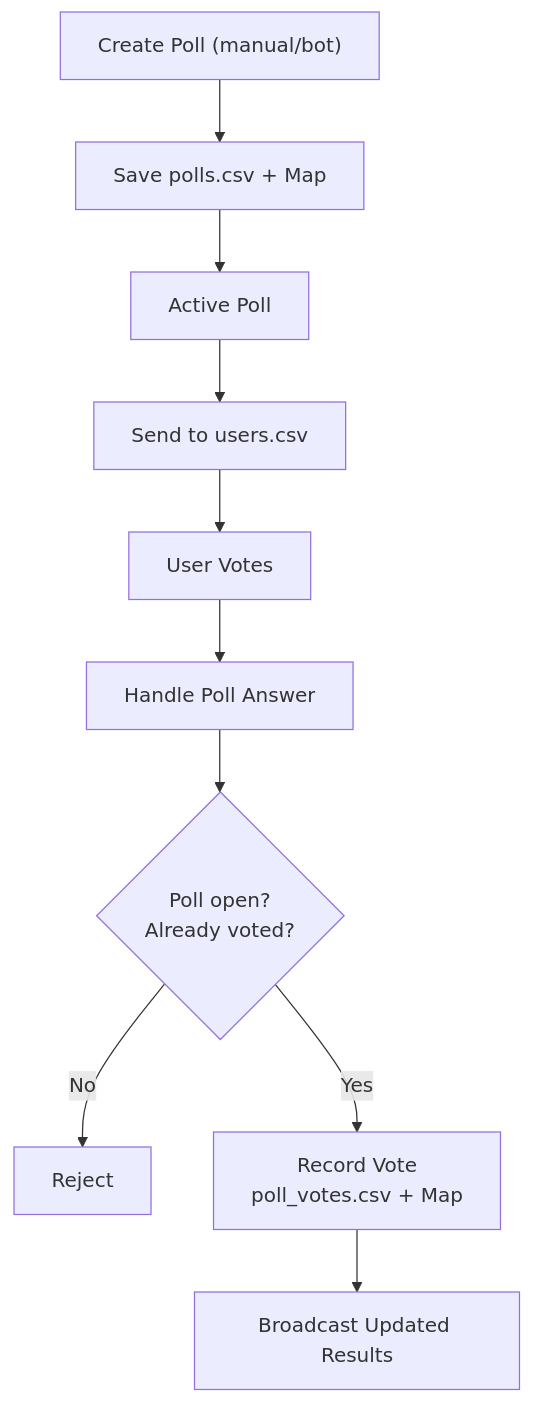
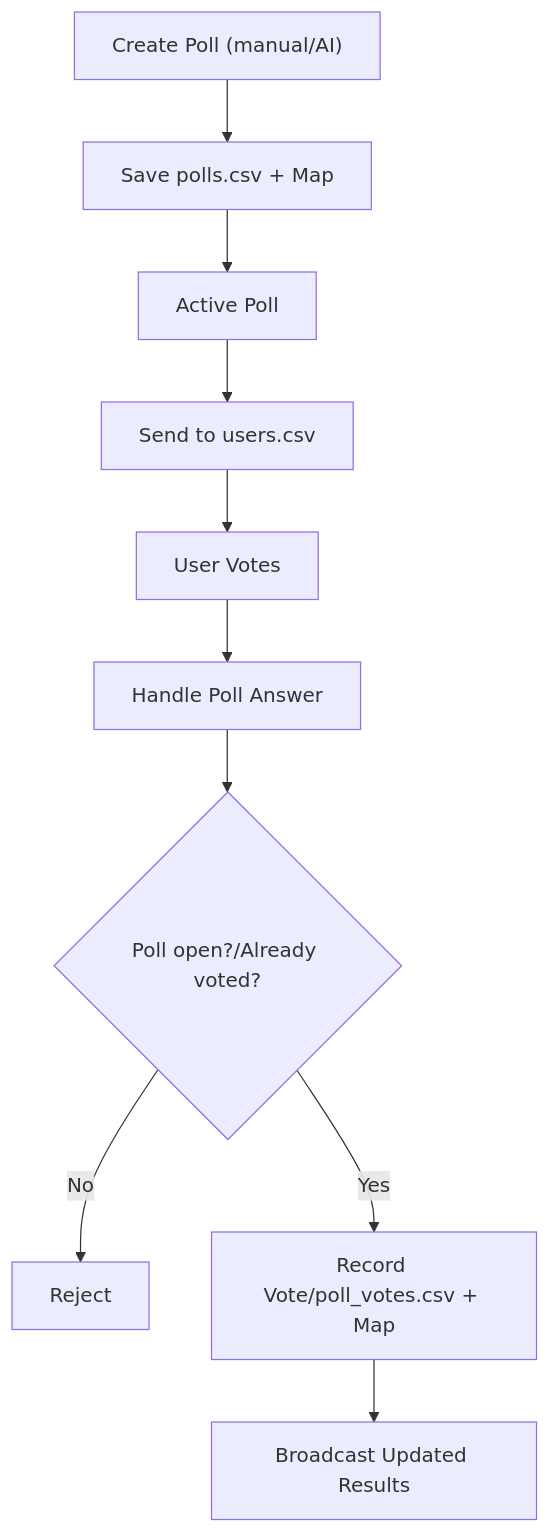
The diagram in README.md (liorshaya/TelegramSekerBot), drawn with Mermaid before and after one commit.

````diff
--- a/README.md
+++ b/README.md
@@ -23,13 +23,13 @@
 ```mermaid
 flowchart TD
-    A["Create Poll (manual/bot)"]
+    A["Create Poll (manual/AI)"]
     A --> B["Save polls.csv + Map"]
     B --> C["Active Poll"]
     C --> D["Send to users.csv"]
     D --> E["User Votes"]
     E --> F["Handle Poll Answer"]
-    F --> G{"Poll open?\nAlready voted?"}
+    F --> G{"Poll open?/Already voted?"}
     G -->|No| H["Reject"]
-    G -->|Yes| I["Record Vote\npoll_votes.csv + Map"]
+    G -->|Yes| I["Record Vote/poll_votes.csv + Map"]
     I --> J["Broadcast Updated Results"]
 ```
````
